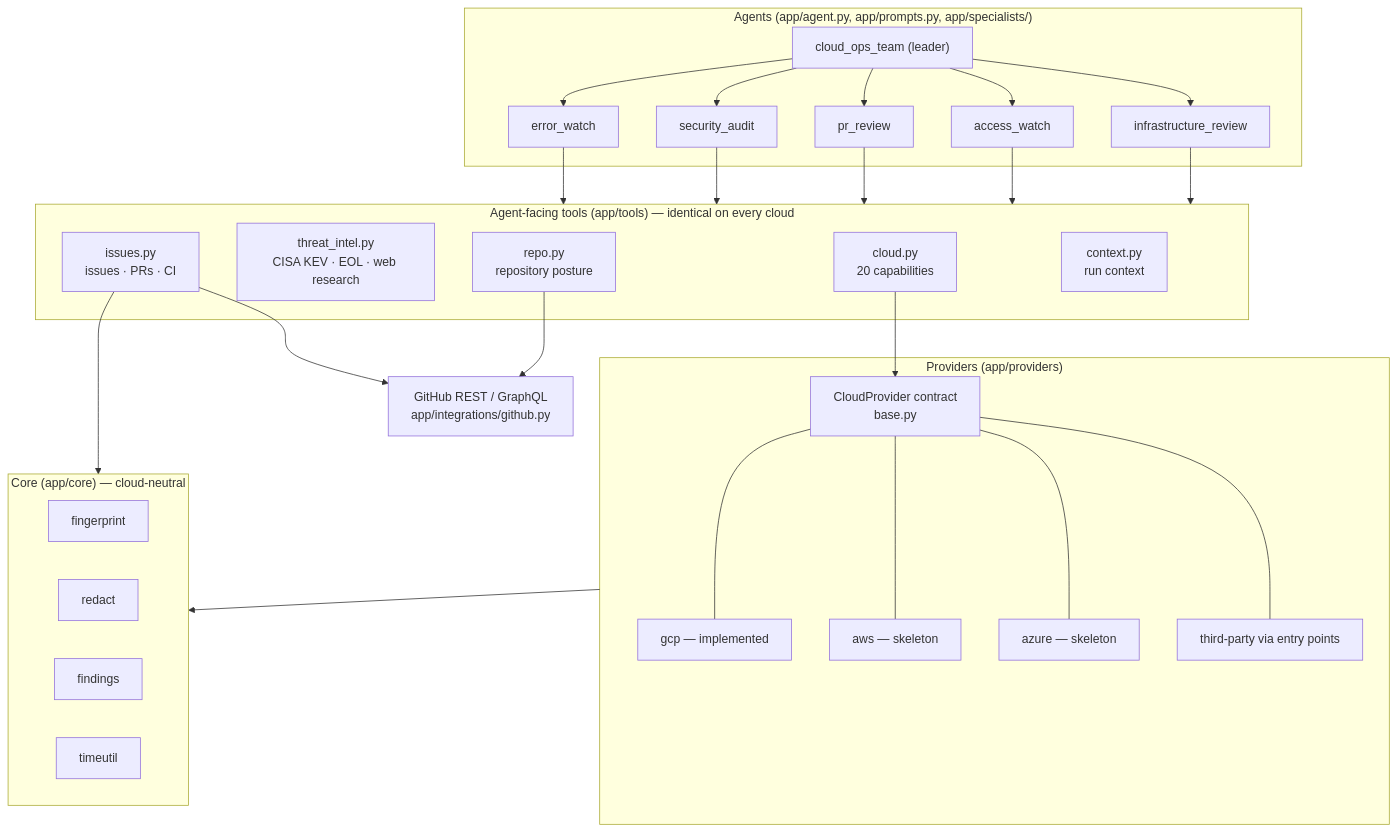
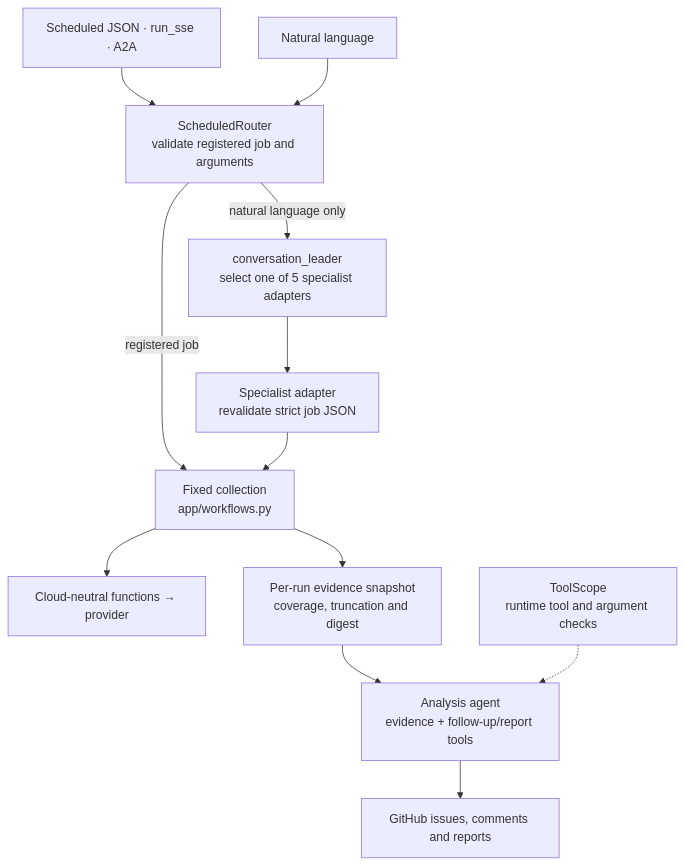
One commit to atsuki-sakai/cloud-ops-team changed the second of 4 diagrams in docs/en/architecture.md. Above: the diagram before and after it, drawn with Mermaid. The commit also changed other lines of this file and 30 other files, not shown here.

````diff
--- a/docs/en/architecture.md
+++ b/docs/en/architecture.md
@@ -45,39 +45,14 @@
 ```mermaid
 flowchart TB
-    subgraph Agents["Agents (app/agent.py, app/prompts.py, app/specialists/)"]
-        ROOT["cloud_ops_team (leader)"]
-        EW["error_watch"]
-        SA["security_audit"]
-        PR["pr_review"]
-        AW["access_watch"]
-        IR["infrastructure_review"]
-        ROOT --> EW & SA & PR & AW & IR
-    end
-    subgraph Tools["Agent-facing tools (app/tools) — identical on every cloud"]
-        CLOUD["cloud.py<br/>20 capabilities"]
-        TI["threat_intel.py<br/>CISA KEV · EOL · web research"]
-        REPO["repo.py<br/>repository posture"]
-        ISS["issues.py<br/>issues · PRs · CI"]
-        CTX["context.py<br/>run context"]
-    end
-    subgraph Providers["Providers (app/providers)"]
-        BASE["CloudProvider contract<br/>base.py"]
-        GCP["gcp — implemented"]
-        AWS["aws — skeleton"]
-        AZ["azure — skeleton"]
-        EXT["third-party via entry points"]
-        BASE --- GCP & AWS & AZ & EXT
-    end
-    subgraph Core["Core (app/core) — cloud-neutral"]
-        FP["fingerprint"]
-        RD["redact"]
-        FD["findings"]
-        TU["timeutil"]
-    end
-    GH["GitHub REST / GraphQL<br/>app/integrations/github.py"]
-    EW & SA & PR & AW & IR --> Tools
-    CLOUD --> BASE
-    ISS & REPO --> GH
-    Providers --> Core
-    ISS --> Core
+    JSON["Scheduled JSON · run_sse · A2A"] --> R["ScheduledRouter<br/>validate registered job and arguments"]
+    NL["Natural language"] --> R
+    R -->|"natural language only"| L["conversation_leader<br/>select one of 5 specialist adapters"]
+    L --> D["Specialist adapter<br/>revalidate strict job JSON"]
+    R -->|"registered job"| W["Fixed collection<br/>app/workflows.py"]
+    D --> W
+    W --> P["Cloud-neutral functions → provider"]
+    W --> E["Per-run evidence snapshot<br/>coverage, truncation and digest"]
+    E --> A["Analysis agent<br/>evidence + follow-up/report tools"]
+    B["ToolScope<br/>runtime tool and argument checks"] -.-> A
+    A --> G["GitHub issues, comments and reports"]
 ```
````
